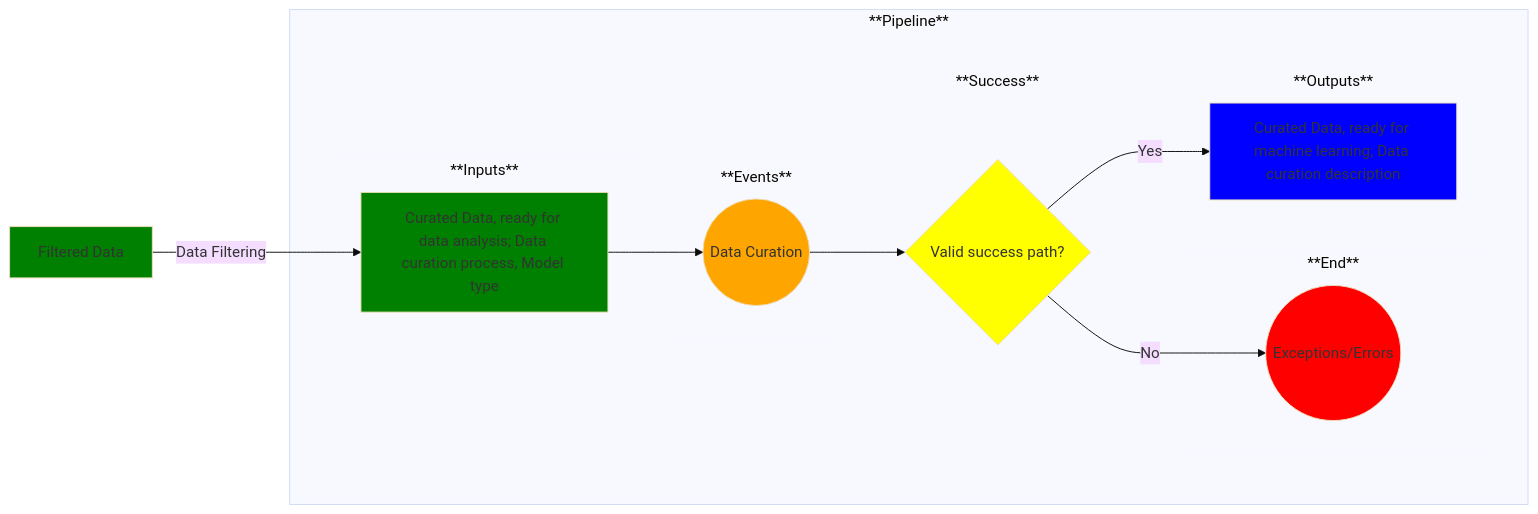
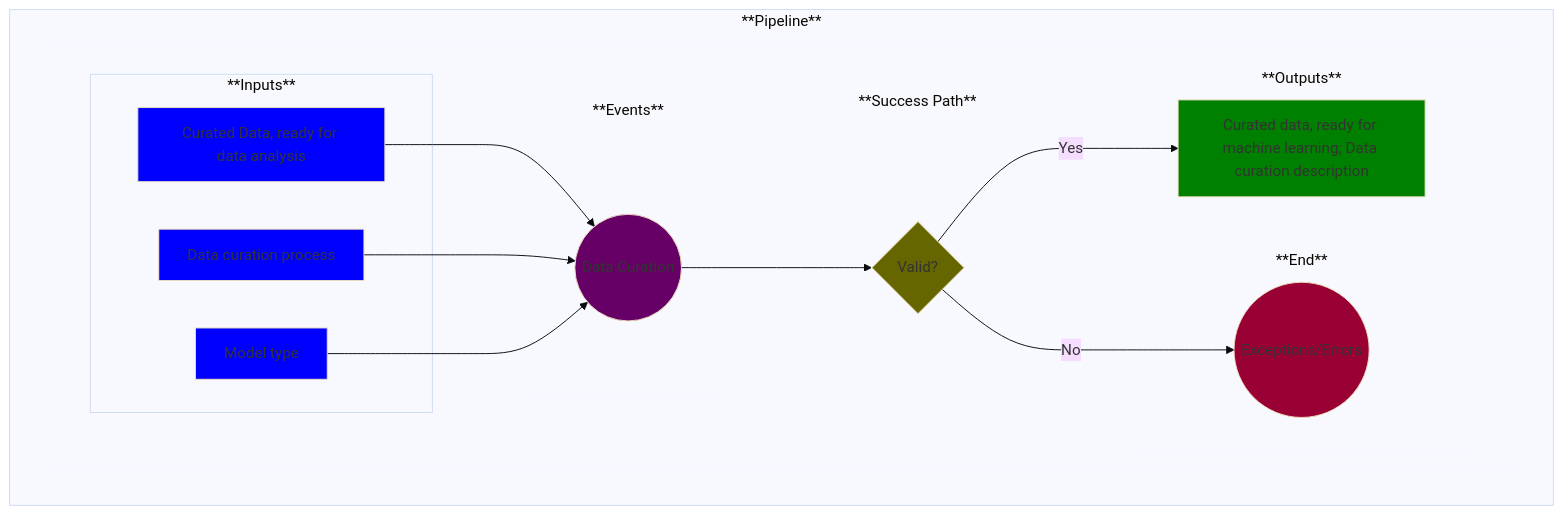
The diagram in use-cases/5-data-ml-ready.md (MLOps-OpenAPI/arch-diagrams), drawn with Mermaid (base theme) before and after one commit. The commit also changed other lines of this file and 4 other files, not shown here.

````diff
--- a/use-cases/5-data-ml-ready.md
+++ b/use-cases/5-data-ml-ready.md
@@ -17,68 +18,78 @@
 ```mermaid
 
 %% Creating a left-to-right flowchart
 %% Learn the syntax here: https://mermaid.js.org/syntax/flowchart.html
 %% Note: flowchart and graph are the same in Mermaid
 graph LR;
 
     %% Define the common flow items:
-    A--> | Data Filtering | B
     %%A--> B
     %%B-->C
     subgraph Pipeline ["**Pipeline**"]
         
         %% Add an empty node to overcome some formatting issues
         subgraph invisibleSpace["<br/>"]
 
             %% Add the rest of the nodes
             subgraph Inputs ["**Inputs**"]
-                B 
+                A1
+            end
+            subgraph Inputs ["**Inputs**"]
+                A2
+            end
+            subgraph Inputs ["**Inputs**"]
+                A3 
             end
             subgraph Events ["**Events**"]
+                B
+            end
+            subgraph Success ["**Success Path**"]
                 C
             end
-            subgraph Success ["**Success**"]
+            subgraph End ["**End**"]
                 D
             end
-            subgraph End ["**End**"]
+            subgraph Outputs ["**Outputs**"]
                 E
             end
-            subgraph Outputs ["**Outputs**"]
-                F
-            end
         end
+        A1-->B
+        A2-->B
+        A3-->B
         B-->C
-        C-->D
-        D--> | No | E
-        D--> | Yes | F
+        C--> | Yes | E
+        C--> | No | D
     end
 
     %% Now label and style the blocks
     %% Note: You could have done this above, but I find this to be cleaner and easier to manage
 
-    A[Filtered Data]
-    style A fill:green
+    A1[Curated Data, ready for data analysis]
+    style A1 fill:blue
 
-    B[Curated Data, ready for data analysis; Data curation process, Model type]
-    style B fill:green
+    A2[Data curation process]
+    style A2 fill:blue
 
-    C((Data Curation))
-    style C fill:orange
+    A3[Model type]
+    style A3 fill:blue
 
-    D{Valid success path?}
-    style D fill:yellow
+    B((Data Curation))
+    style B fill:#660066
 
-    E((Exceptions/Errors))
-    style E fill:red
+    C{Valid?}
+    style C fill:#666600
 
-    F[Curated Data, ready for machine learning; Data curation description]
-    style F fill:blue
+    D((Exceptions/Errors))
+    style D fill:#990033
+
+    E[Curated data, ready for machine learning; Data curation description]
+    style E fill:green
 
     %% Remove unnecessary box outlines
     style invisibleSpace stroke-width:0
     style Inputs stroke-width:0
     style Events stroke-width:0
     style Outputs stroke-width:0
     style End stroke-width:0
     style Success stroke-width:0
 ```
````
